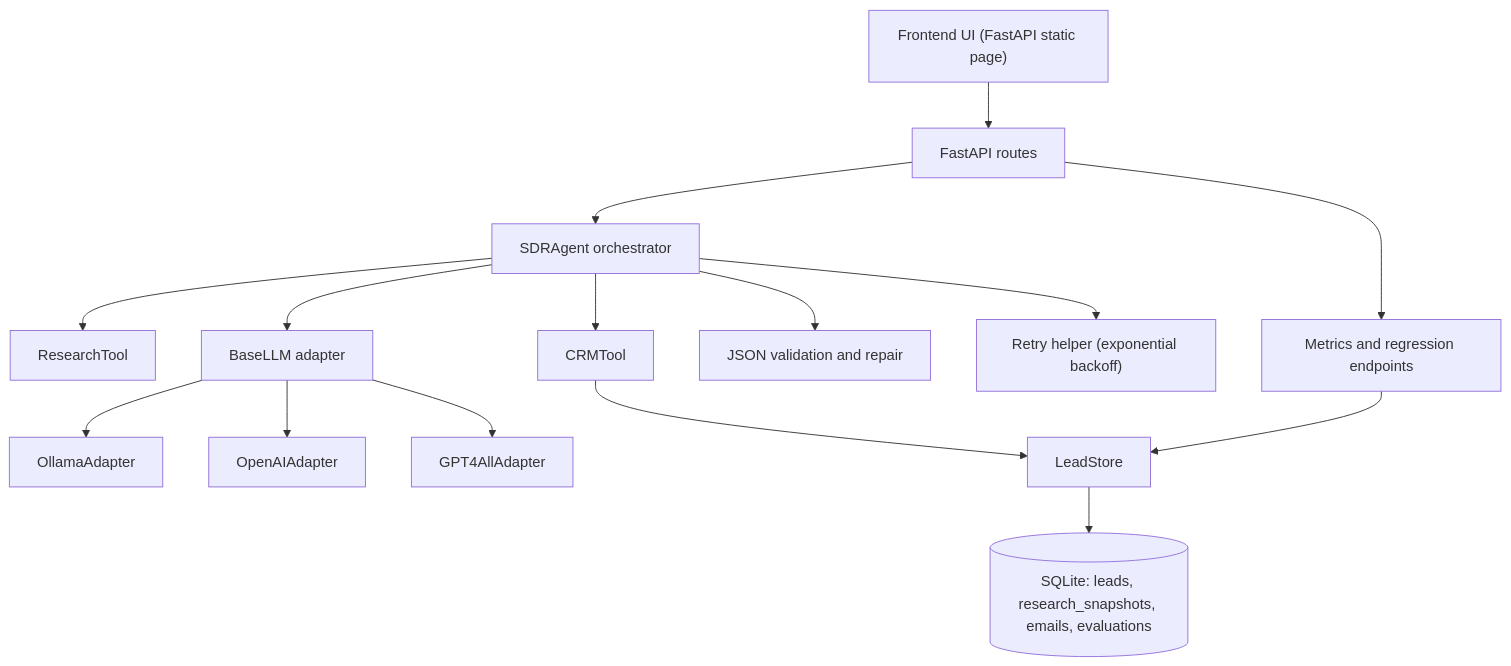
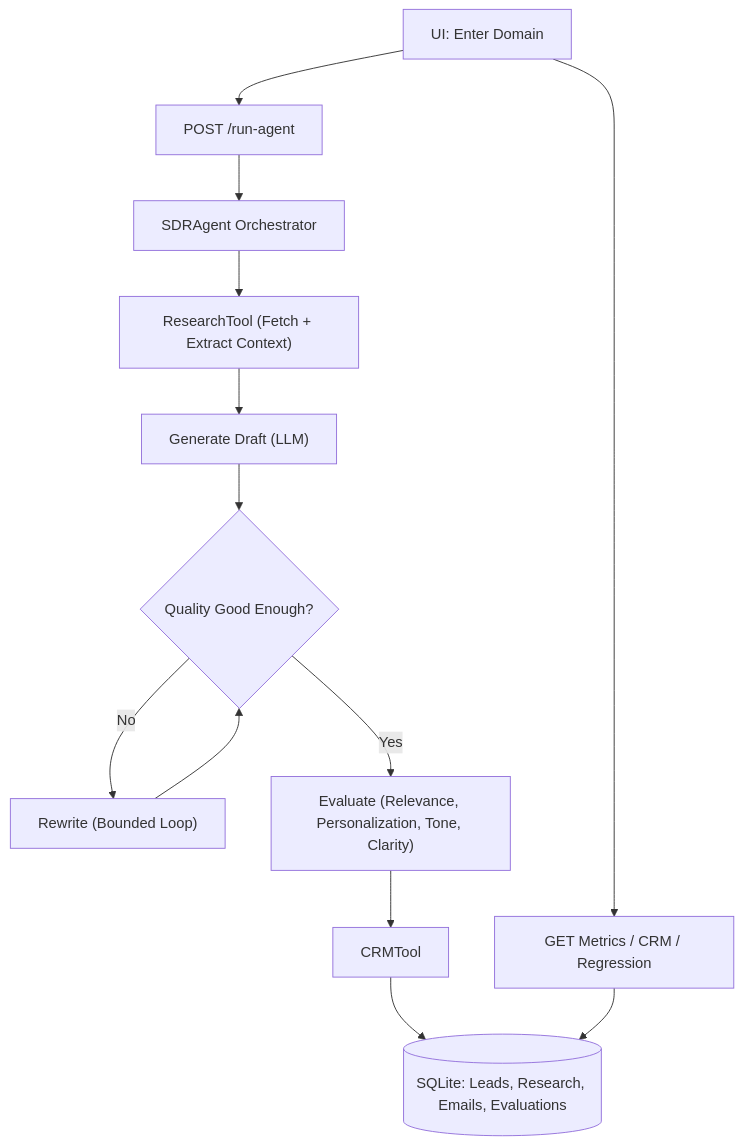
Before and after one commit to akanshajainn/SDRAgent: the diagram in README.md, drawn with Mermaid. The commit also changed other lines of this file and 19 other files, not shown here.

````diff
--- a/README.md
+++ b/README.md
@@ -51,22 +93,15 @@
 ```mermaid
 flowchart TD
-    UI["Frontend UI (FastAPI static page)"] --> API["FastAPI routes"]
-    API --> AGENT["SDRAgent orchestrator"]
-
-    AGENT --> RT["ResearchTool"]
-    AGENT --> LLM["BaseLLM adapter"]
-    AGENT --> CRM["CRMTool"]
-
-    LLM --> OLLAMA["OllamaAdapter"]
-    LLM --> OPENAI["OpenAIAdapter"]
-    LLM --> GPT4ALL["GPT4AllAdapter"]
-
-    AGENT --> GUARD["JSON validation and repair"]
-    AGENT --> RETRY["Retry helper (exponential backoff)"]
-
-    CRM --> STORE["LeadStore"]
-    STORE --> DB[("SQLite: leads, research_snapshots, emails, evaluations")]
-
-    API --> METRICS["Metrics and regression endpoints"]
-    METRICS --> STORE
+    U["UI: Enter Domain"] --> R["POST /run-agent"]
+    R --> A["SDRAgent Orchestrator"]
+    A --> T1["ResearchTool (Fetch + Extract Context)"]
+    T1 --> G["Generate Draft (LLM)"]
+    G --> Q{"Quality Good Enough?"}
+    Q -->|No| W["Rewrite (Bounded Loop)"]
+    W --> Q
+    Q -->|Yes| E["Evaluate (Relevance, Personalization, Tone, Clarity)"]
+    E --> T2["CRMTool"]
+    T2 --> DB[("SQLite: Leads, Research, Emails, Evaluations")]
+    U --> V["GET Metrics / CRM / Regression"]
+    V --> DB
 ```
````
